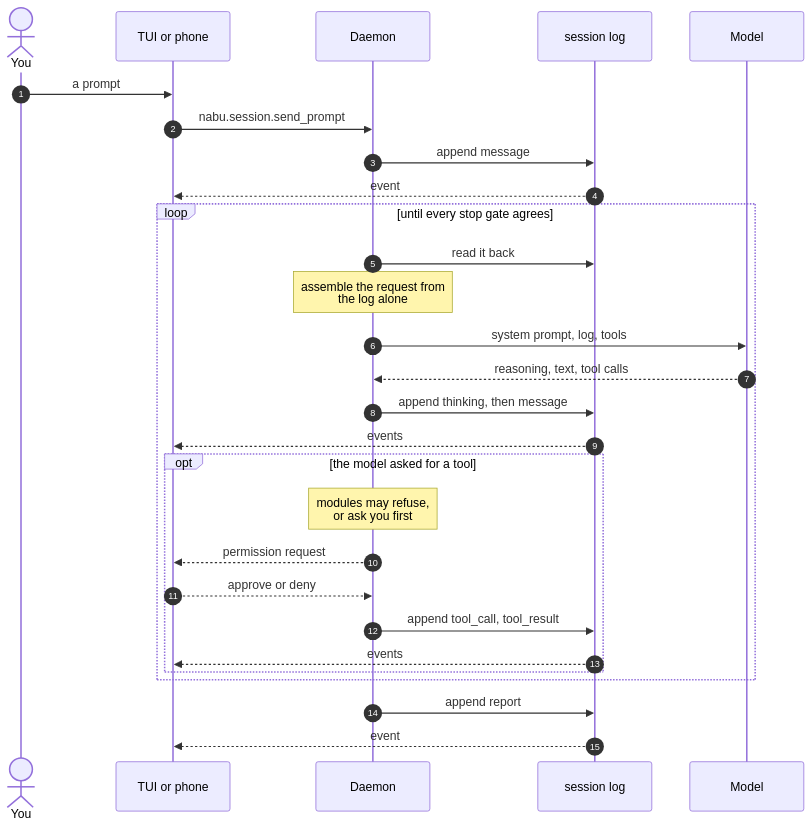
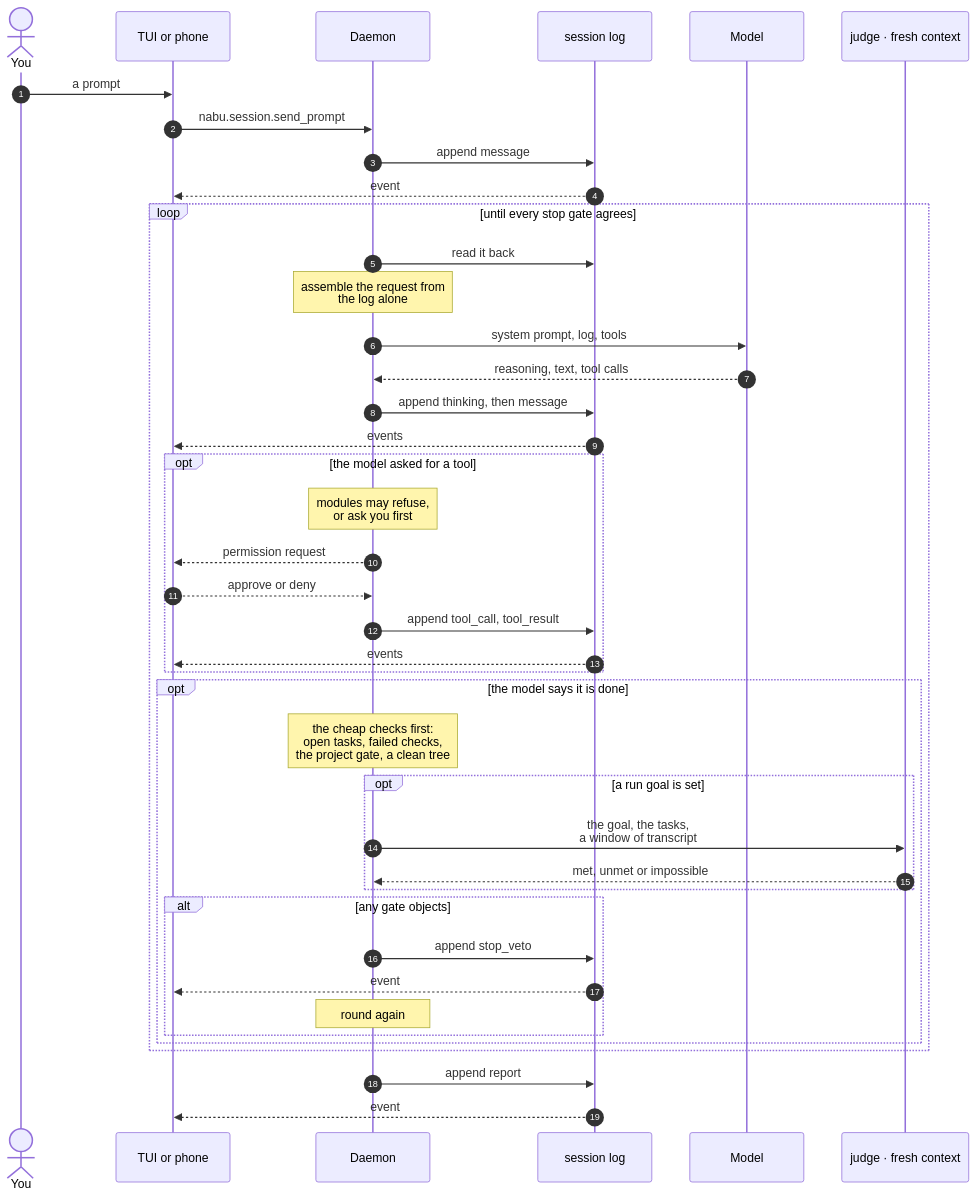
The diagram in README.md (corporealshift/nabu), drawn with Mermaid before and after one commit. The commit also changed other lines of this file, not shown here.

Commit message:
docs: show the goal judge in the request diagram
The stop gate was drawn as one step, which hid the part that costs
money: when a run has a goal, the last gate is a second model call in a
fresh context. The judge sees the condition, the tasks and a window of
transcript, and never the loop's own history — it is not being asked to
agree with itself.

The cheap mechanical checks are drawn before it in the order they
actually run, because that order is load-bearing: a stop that is
obviously wrong should never cost a judge call.

Claude-Session: https://claude.ai/code/session_0123933NHhJ4Mz4WFNNWBY8S

````diff
--- a/README.md
+++ b/README.md
@@ -192,34 +192,48 @@
 ```mermaid
 sequenceDiagram
     autonumber
     actor You
     participant Client as TUI or phone
     participant Daemon
     participant Log as session log
     participant Model
+    participant Judge as judge · fresh context
 
     You->>Client: a prompt
     Client->>Daemon: nabu.session.send_prompt
     Daemon->>Log: append message
     Log-->>Client: event
 
     loop until every stop gate agrees
         Daemon->>Log: read it back
         Note over Daemon: assemble the request from<br/>the log alone
         Daemon->>Model: system prompt, log, tools
         Model-->>Daemon: reasoning, text, tool calls
         Daemon->>Log: append thinking, then message
         Log-->>Client: events
 
         opt the model asked for a tool
             Note over Daemon: modules may refuse,<br/>or ask you first
             Daemon-->>Client: permission request
             Client-->>Daemon: approve or deny
             Daemon->>Log: append tool_call, tool_result
             Log-->>Client: events
         end
+
+        opt the model says it is done
+            Note over Daemon: the cheap checks first:<br/>open tasks, failed checks,<br/>the project gate, a clean tree
+            opt a run goal is set
+                Daemon->>Judge: the goal, the tasks,<br/>a window of transcript
+                Judge-->>Daemon: met, unmet or impossible
+            end
+            alt any gate objects
+                Daemon->>Log: append stop_veto
+                Log-->>Client: event
+                Note over Daemon: round again
+            end
+        end
     end
 
     Daemon->>Log: append report
     Log-->>Client: event
 ```
````
